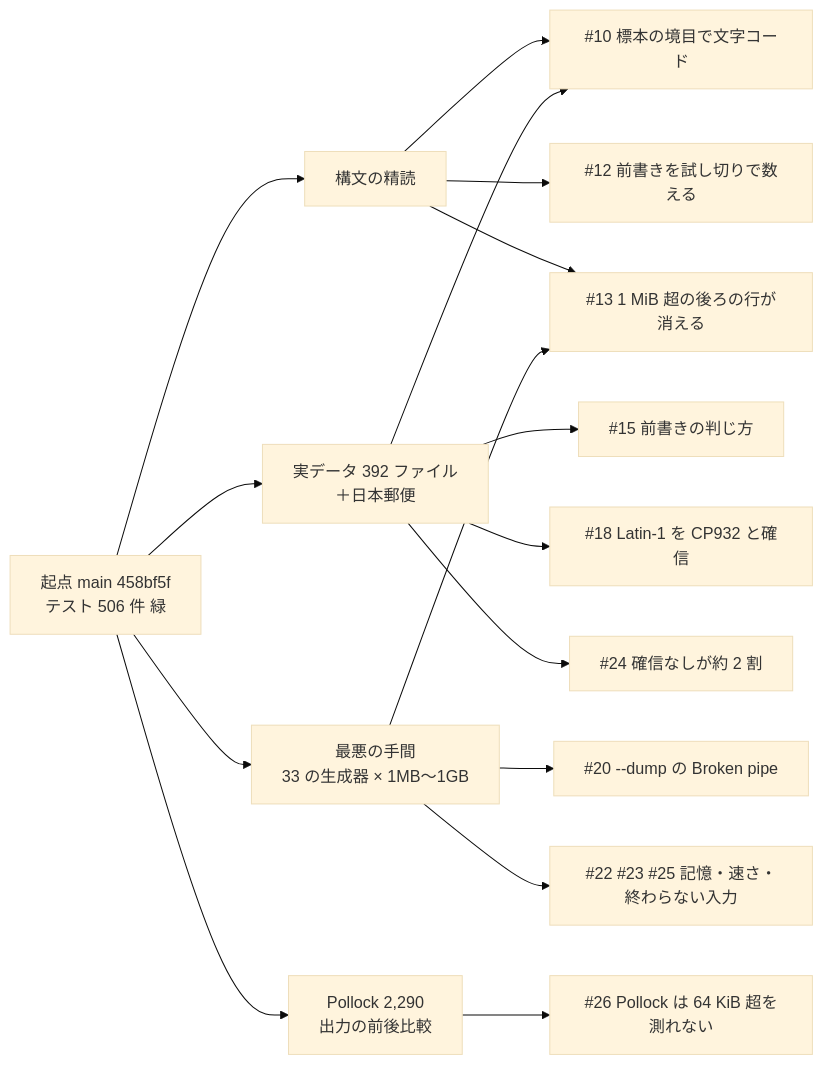
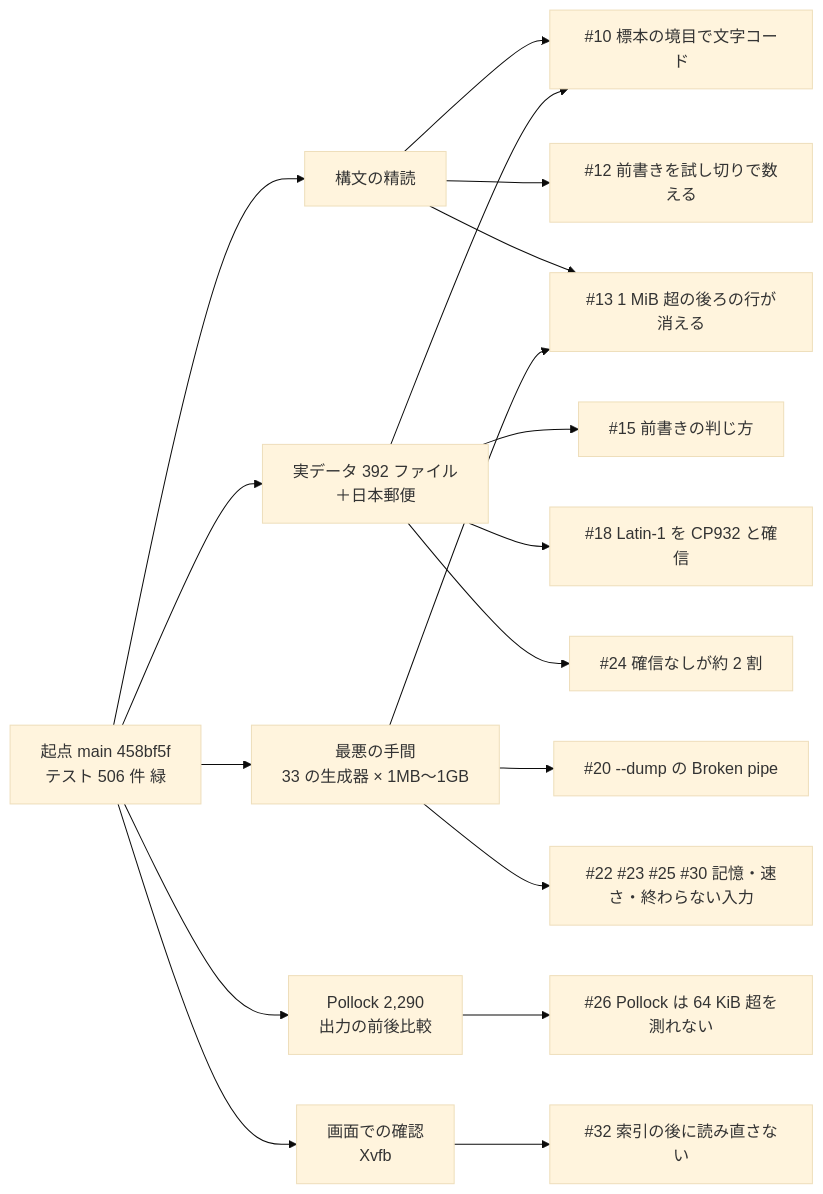
Before and after one commit to hideyukiMORI/nene-ledger: the diagram in docs/research/2026-11-05-quality-sweep.md, drawn with Mermaid (base theme). The commit also changed other lines of this file and 1 other file, not shown here.

````diff
--- a/docs/research/2026-11-05-quality-sweep.md
+++ b/docs/research/2026-11-05-quality-sweep.md
@@ -9,18 +9,20 @@
 ```mermaid
 flowchart LR
   A[起点 main 458bf5f<br>テスト 506 件 緑] --> B1[構文の精読]
   A --> B2[実データ 392 ファイル<br>＋日本郵便]
   A --> B3[最悪の手間<br>33 の生成器 × 1MB〜1GB]
   A --> B4[Pollock 2,290<br>出力の前後比較]
   B1 --> C1[#10 標本の境目で文字コード]
   B2 --> C1
   B1 --> C2[#12 前書きを試し切りで数える]
   B1 --> C3[#13 1 MiB 超の後ろの行が消える]
   B3 --> C3
   B2 --> C4[#15 前書きの判じ方]
   B2 --> C5[#18 Latin-1 を CP932 と確信]
   B3 --> C6[#20 --dump の Broken pipe]
-  B3 --> C7[#22 #23 #25 記憶・速さ・終わらない入力]
+  B3 --> C7[#22 #23 #25 #30 記憶・速さ・終わらない入力]
   B2 --> C8[#24 確信なしが約 2 割]
   B4 --> C9[#26 Pollock は 64 KiB 超を測れない]
+  A --> B5[画面での確認<br>Xvfb]
+  B5 --> C10[#32 索引の後に読み直さない]
 ```
````
